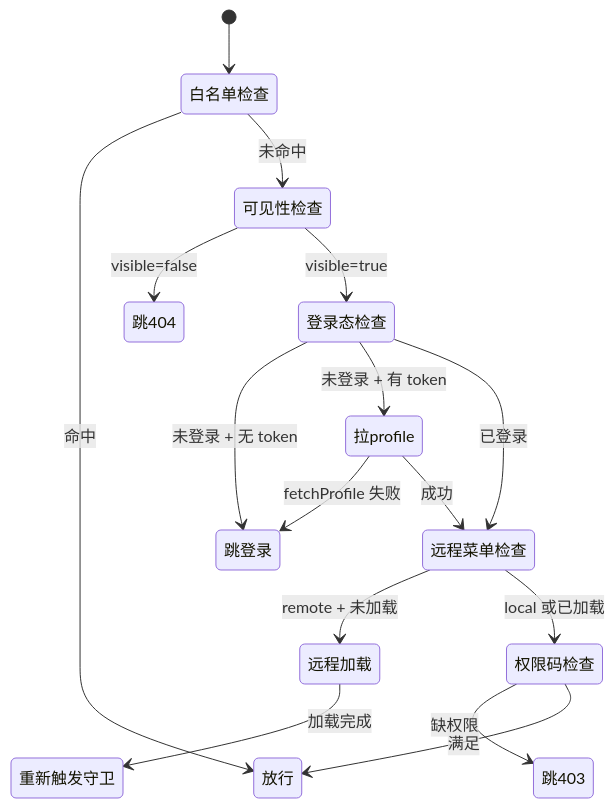
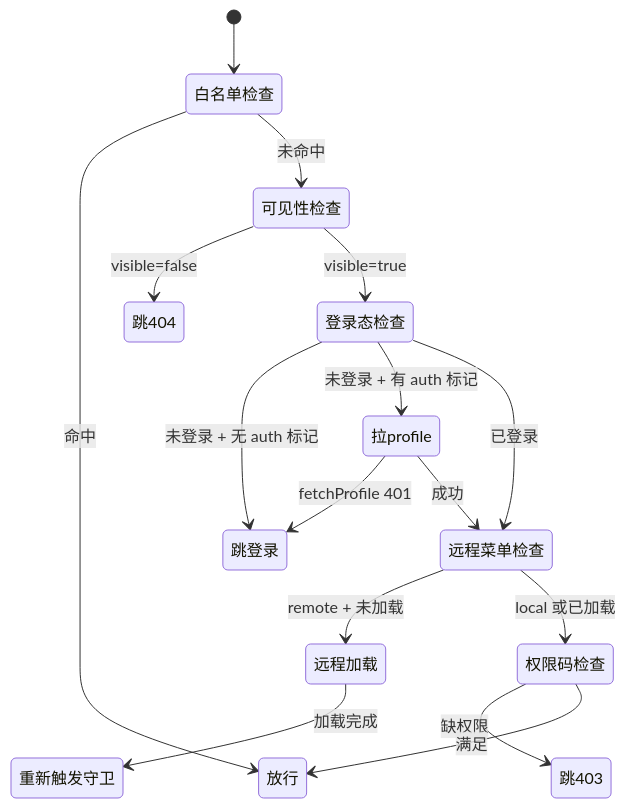
One commit to Mr-Super-X/vue3-vite-project changed the seventh of 7 diagrams in docs/23-权限设计.md. Above: the diagram before and after it, drawn with Mermaid. The commit also changed other lines of this file and 13 other files, not shown here.

````diff
--- a/docs/23-权限设计.md
+++ b/docs/23-权限设计.md
@@ -966,18 +1089,18 @@
 ```mermaid
 stateDiagram-v2
   [*] --> 白名单检查
   白名单检查 --> 放行: 命中
   白名单检查 --> 可见性检查: 未命中
   可见性检查 --> 跳404: visible=false
   可见性检查 --> 登录态检查: visible=true
-  登录态检查 --> 跳登录: 未登录 + 无 token
-  登录态检查 --> 拉profile: 未登录 + 有 token
-  拉profile --> 跳登录: fetchProfile 失败
+  登录态检查 --> 跳登录: 未登录 + 无 auth 标记
+  登录态检查 --> 拉profile: 未登录 + 有 auth 标记
+  拉profile --> 跳登录: fetchProfile 401
   拉profile --> 远程菜单检查: 成功
   登录态检查 --> 远程菜单检查: 已登录
   远程菜单检查 --> 远程加载: remote + 未加载
   远程菜单检查 --> 权限码检查: local 或已加载
   远程加载 --> 重新触发守卫: 加载完成
   权限码检查 --> 跳403: 缺权限
   权限码检查 --> 放行: 满足
 ```
````
